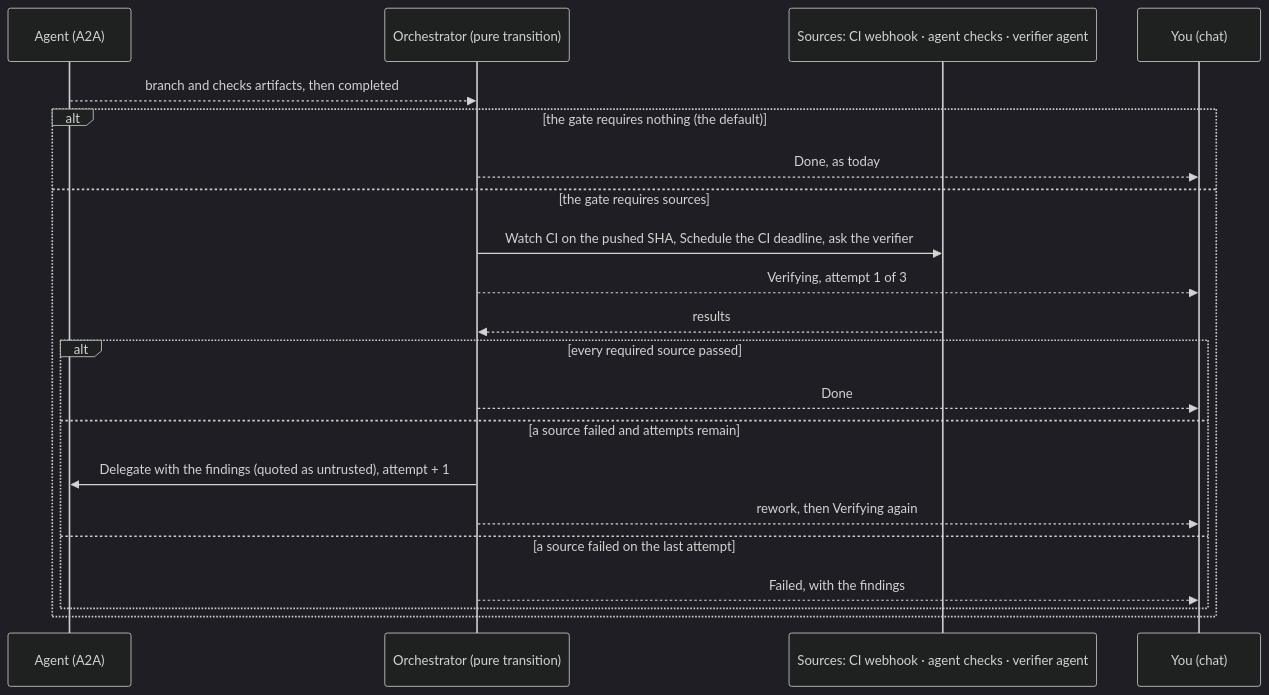
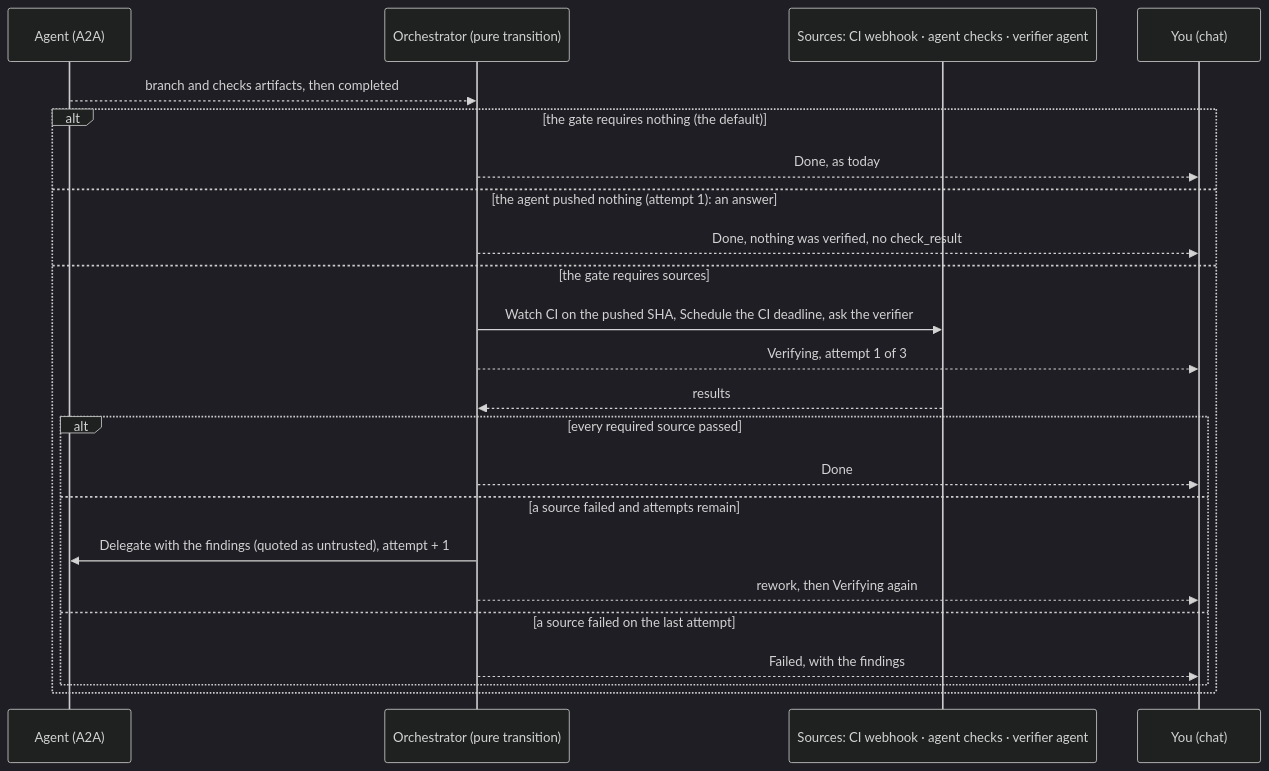
One commit to vymalo/another-agentic-system changed diagram 15 of 16 in docs/architecture.md. Above: the diagram before and after it, drawn with Mermaid (dark theme). The commit also changed other lines of this file and 29 other files, not shown here.

````diff
--- a/docs/architecture.md
+++ b/docs/architecture.md
@@ -636,23 +636,25 @@
 ```mermaid
 sequenceDiagram
   participant A as Agent (A2A)
   participant O as Orchestrator (pure transition)
   participant X as Sources: CI webhook · agent checks · verifier agent
   participant Y as You (chat)
   A-->>O: branch and checks artifacts, then completed
   alt the gate requires nothing (the default)
     O-->>Y: Done, as today
+  else the agent pushed nothing (attempt 1): an answer
+    O-->>Y: Done, nothing was verified, no check_result
   else the gate requires sources
     O->>X: Watch CI on the pushed SHA, Schedule the CI deadline, ask the verifier
     O-->>Y: Verifying, attempt 1 of 3
     X-->>O: results
     alt every required source passed
       O-->>Y: Done
     else a source failed and attempts remain
       O->>A: Delegate with the findings (quoted as untrusted), attempt + 1
       O-->>Y: rework, then Verifying again
     else a source failed on the last attempt
       O-->>Y: Failed, with the findings
     end
   end
 ```
````
